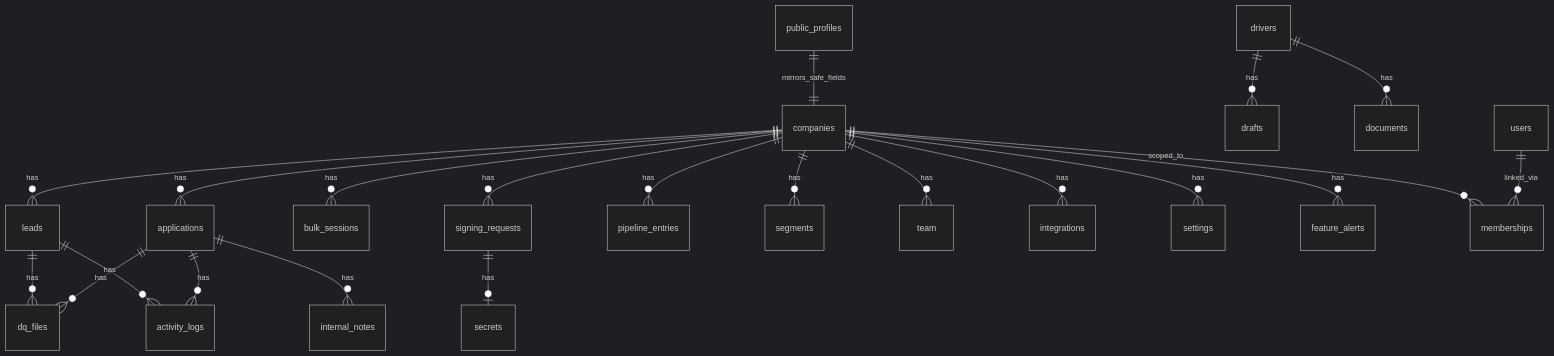
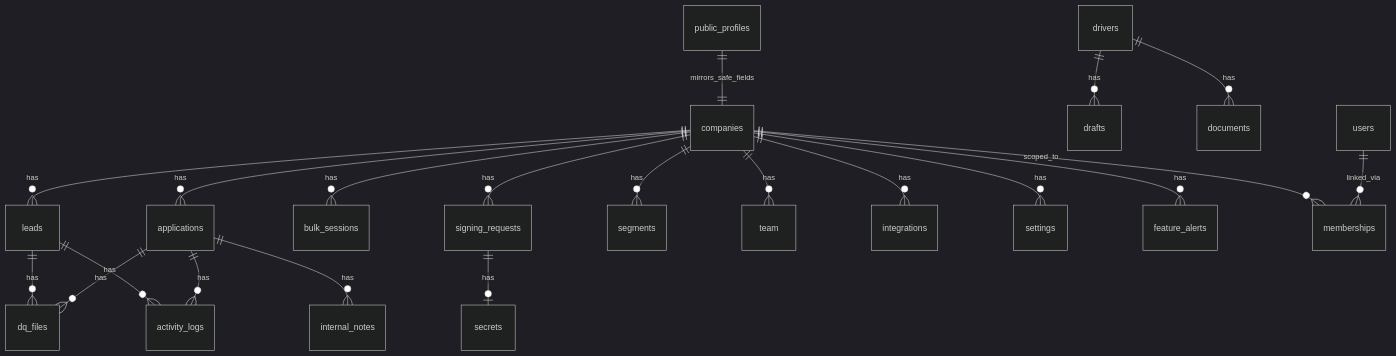
The diagram in docs/firestore-data-model.md (Khomurod/SafeHaul-for-Gemini-Antigravity), drawn with Mermaid (dark theme) before and after one commit. The commit also changed other lines of this file and 11 other files, not shown here.

````diff
--- a/docs/firestore-data-model.md
+++ b/docs/firestore-data-model.md
@@ -20,30 +20,29 @@
 ```mermaid
 erDiagram
   companies ||--o{ applications : has
   companies ||--o{ leads : has
   companies ||--o{ bulk_sessions : has
   companies ||--o{ signing_requests : has
-  companies ||--o{ pipeline_entries : has
   companies ||--o{ segments : has
   companies ||--o{ team : has
   companies ||--o{ integrations : has
   companies ||--o{ settings : has
   companies ||--o{ feature_alerts : has
 
   applications ||--o{ dq_files : has
   applications ||--o{ activity_logs : has
   applications ||--o{ internal_notes : has
 
   leads ||--o{ activity_logs : has
   leads ||--o{ dq_files : has
 
   signing_requests ||--o| secrets : has
 
   drivers ||--o{ drafts : has
   drivers ||--o{ documents : has
 
   users ||--o{ memberships : linked_via
   companies ||--o{ memberships : scoped_to
 
   public_profiles ||--|| companies : mirrors_safe_fields
 ```
````
